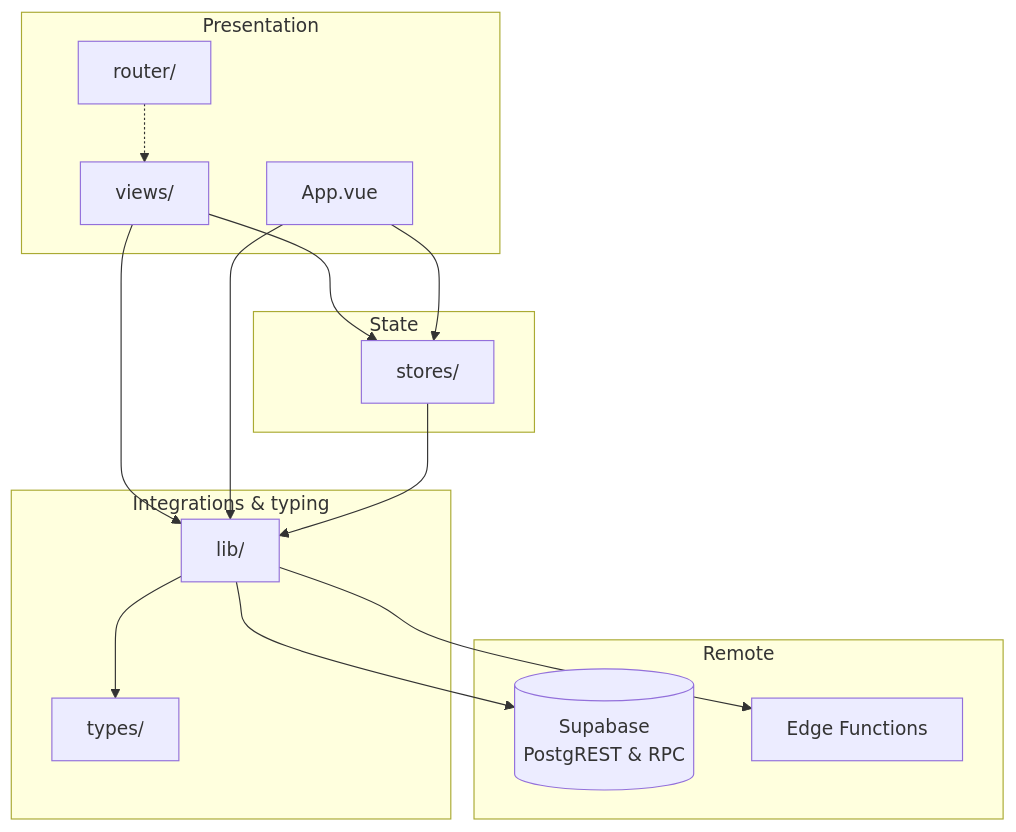
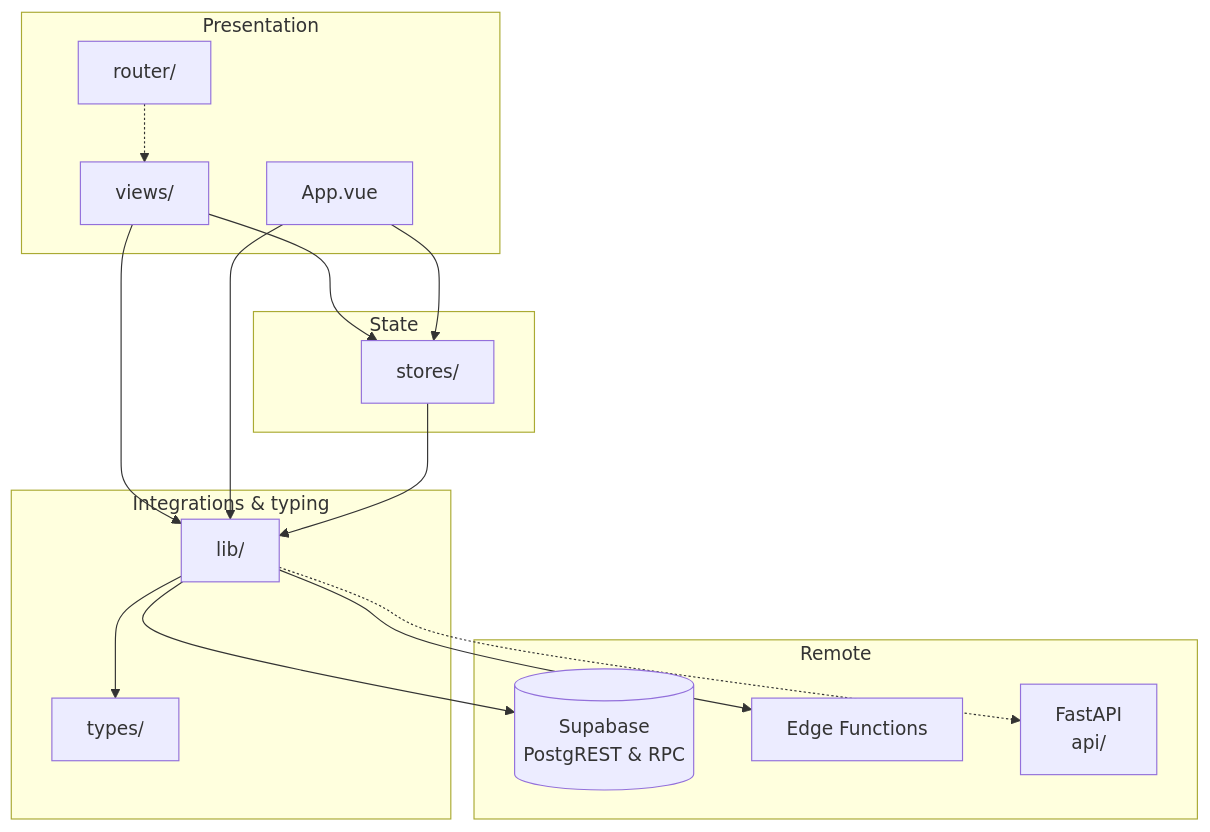
The diagram in docs/architecture.md (Ghostcoded-2025/ghostsuite-base-template), drawn with Mermaid before and after one commit. The commit also changed other lines of this file and 37 other files, not shown here.

````diff
--- a/docs/architecture.md
+++ b/docs/architecture.md
@@ -11,28 +11,30 @@
 ```mermaid
 flowchart TB
   subgraph presentation["Presentation"]
     V["views/"]
     A["App.vue"]
     R["router/"]
   end
   subgraph state["State"]
     ST["stores/"]
   end
   subgraph integrations["Integrations & typing"]
     L["lib/"]
     T["types/"]
   end
   subgraph remote["Remote"]
     SB[("Supabase<br/>PostgREST & RPC")]
     EF["Edge Functions"]
+    API["FastAPI<br/>api/"]
   end
   V --> ST
   V --> L
   A --> ST
   A --> L
   R -.-> V
   ST --> L
   L --> T
   L --> SB
   L --> EF
+  L -.-> API
 ```
````
